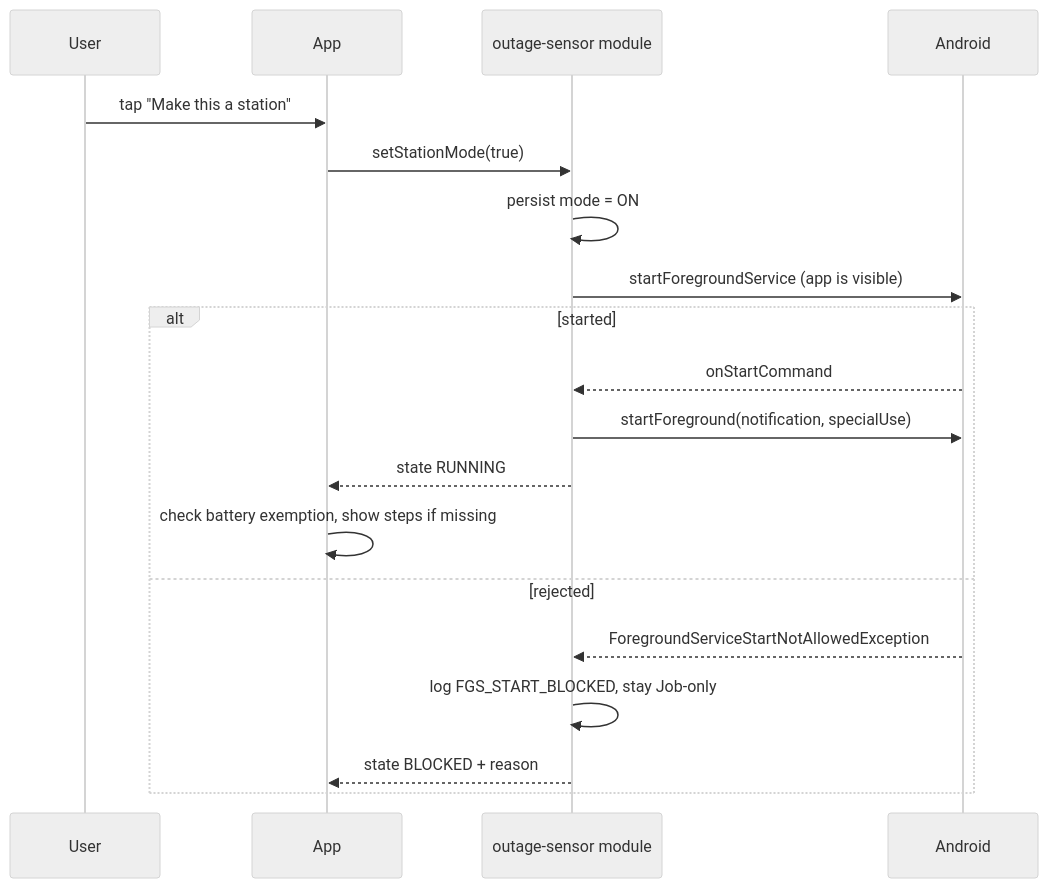
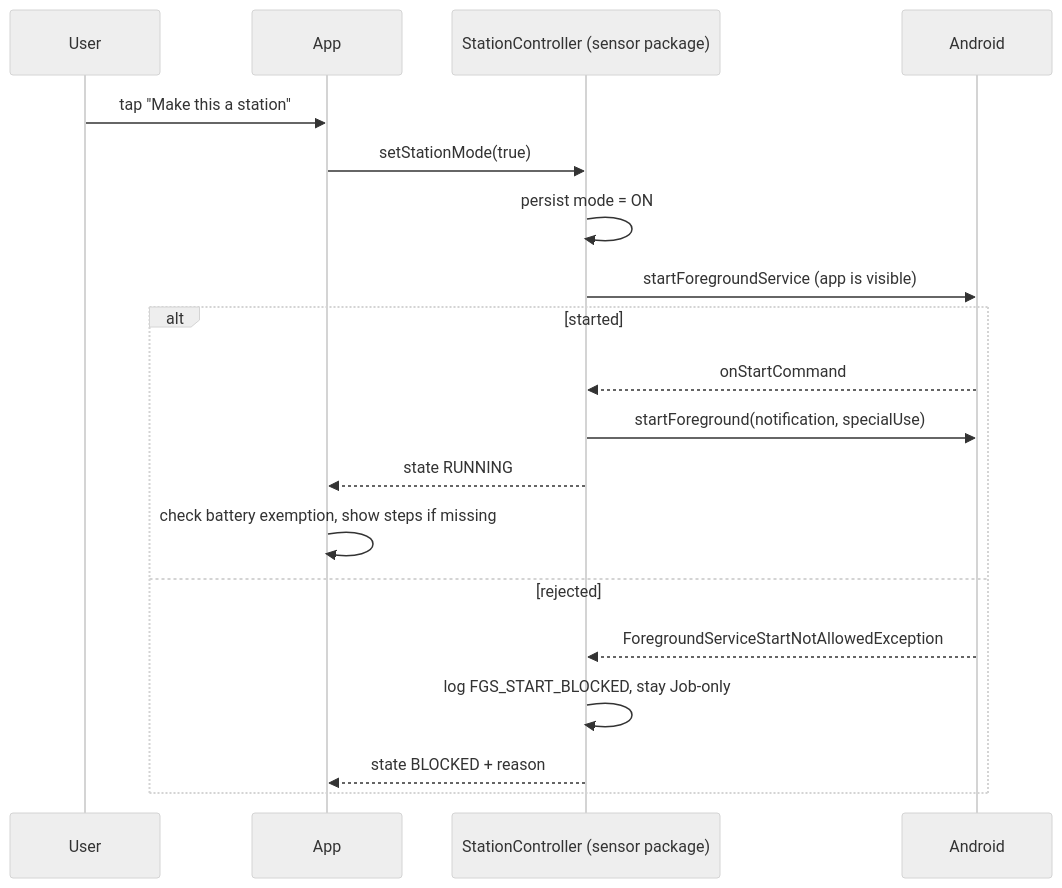
One commit to 3akare/outage changed the fourth of 5 diagrams in .kiro/specs/station-mode/design.md. Above: the diagram before and after it, drawn with Mermaid (neutral theme). The commit also changed other lines of this file and 108 other files, not shown here.

````diff
--- a/.kiro/specs/station-mode/design.md
+++ b/.kiro/specs/station-mode/design.md
@@ -94,21 +94,21 @@
 ```mermaid
 sequenceDiagram
     participant User
     participant App
-    participant Mod as outage-sensor module
+    participant Ctl as StationController (sensor package)
     participant OS as Android
     User->>App: tap "Make this a station"
-    App->>Mod: setStationMode(true)
-    Mod->>Mod: persist mode = ON
-    Mod->>OS: startForegroundService (app is visible)
+    App->>Ctl: setStationMode(true)
+    Ctl->>Ctl: persist mode = ON
+    Ctl->>OS: startForegroundService (app is visible)
     alt started
-        OS-->>Mod: onStartCommand
-        Mod->>OS: startForeground(notification, specialUse)
-        Mod-->>App: state RUNNING
+        OS-->>Ctl: onStartCommand
+        Ctl->>OS: startForeground(notification, specialUse)
+        Ctl-->>App: state RUNNING
         App->>App: check battery exemption, show steps if missing
     else rejected
-        OS-->>Mod: ForegroundServiceStartNotAllowedException
-        Mod->>Mod: log FGS_START_BLOCKED, stay Job-only
-        Mod-->>App: state BLOCKED + reason
+        OS-->>Ctl: ForegroundServiceStartNotAllowedException
+        Ctl->>Ctl: log FGS_START_BLOCKED, stay Job-only
+        Ctl-->>App: state BLOCKED + reason
     end
 ```
````
